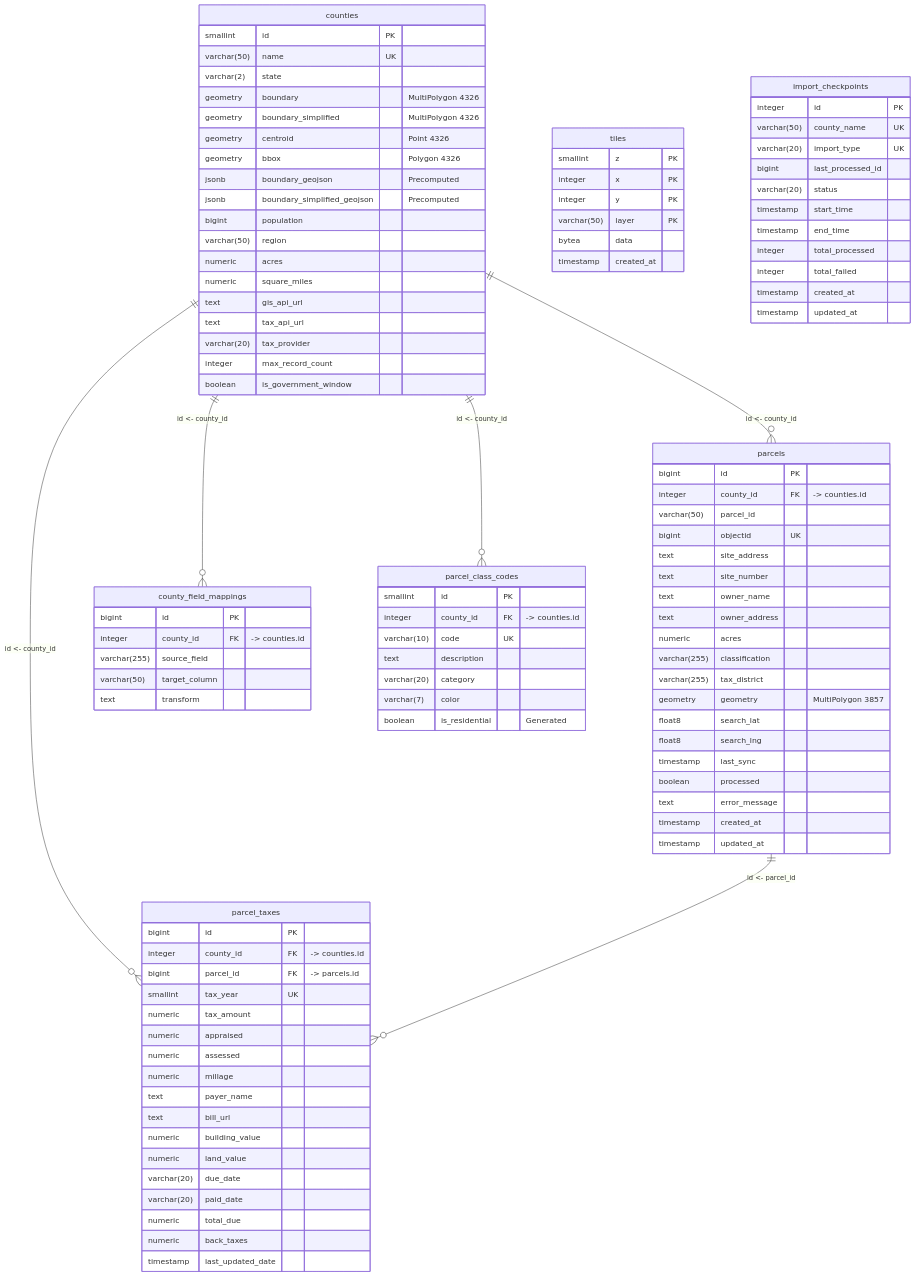
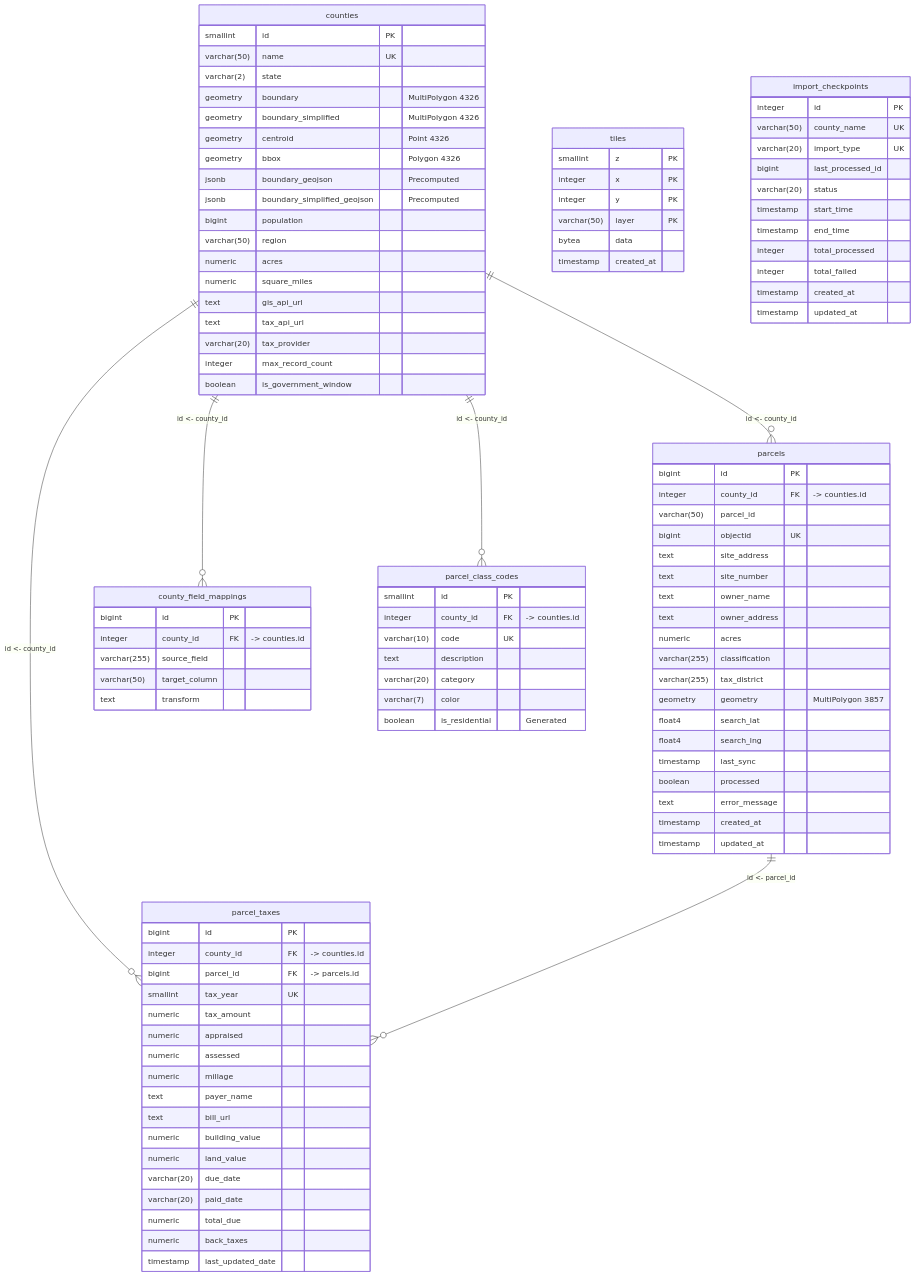
Before and after one commit to renderyourworld/parcel_heatmap: the first of 2 diagrams in db/README.md, drawn with Mermaid. The commit also changed other lines of this file and 6 other files, not shown here.

```diff
--- a/db/README.md
+++ b/db/README.md
@@ -76,8 +76,8 @@
         varchar(255) classification
         varchar(255) tax_district
         geometry geometry "MultiPolygon 3857"
-        float8 search_lat
-        float8 search_lng
+        float4 search_lat
+        float4 search_lng
         timestamp last_sync
         boolean processed
         text error_message
```
